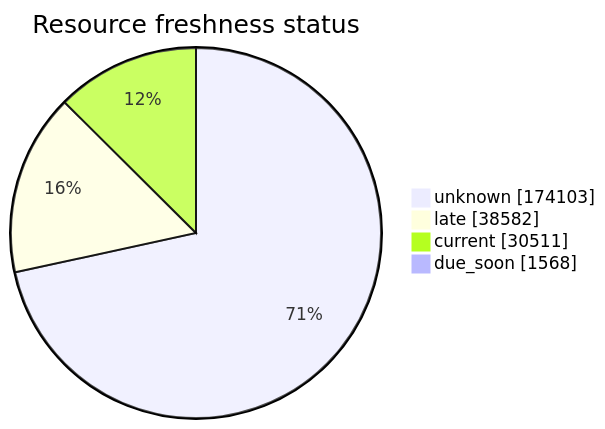
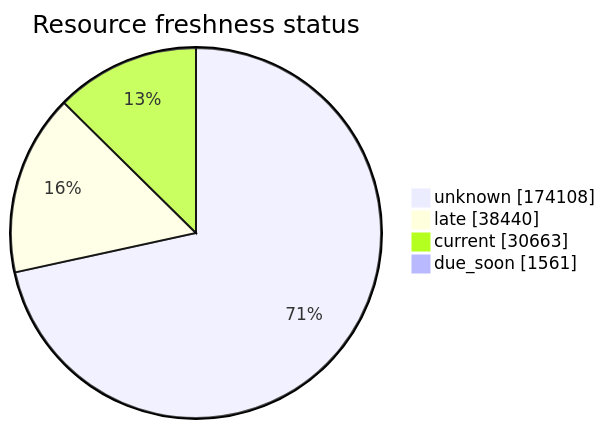
One commit to open-data/analytics-corporate-reporting changed the third of 5 diagrams in FreshCheck/README.md. Above: the diagram before and after it, drawn with Mermaid. The commit also changed other lines of this file and 3 other files, not shown here.

````diff
--- a/FreshCheck/README.md
+++ b/FreshCheck/README.md
@@ -77,7 +77,7 @@
 ```mermaid
 pie showData title Resource freshness status
-    "unknown": 174103
-    "late": 38582
-    "current": 30511
-    "due_soon": 1568
+    "unknown": 174108
+    "late": 38440
+    "current": 30663
+    "due_soon": 1561
 ```
````
